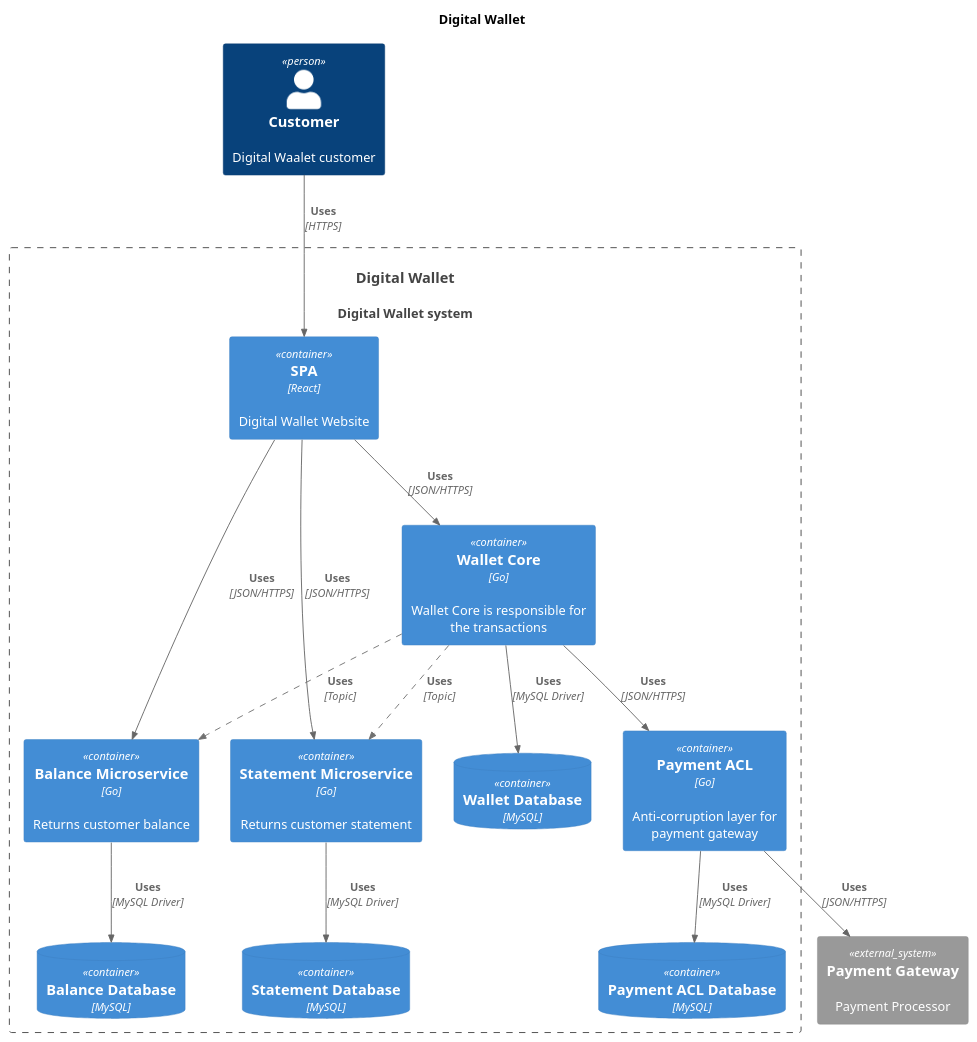
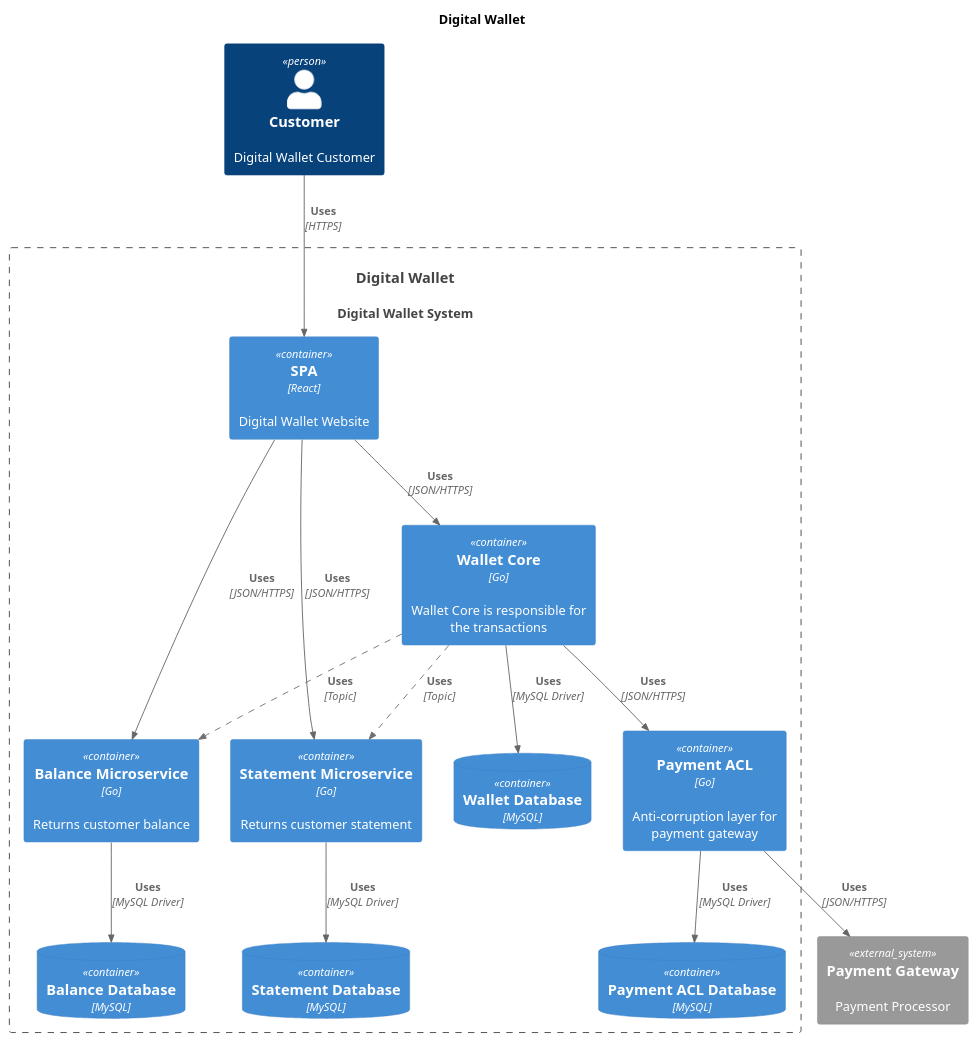
One commit to guipalm4/digital-wallet changed the diagram in c4/containers.puml. Above: the diagram before and after it, drawn with PlantUML. The commit also changed 1 other file, not shown here.

Commit message:
fix: C4 diagram

```diff
--- a/c4/containers.puml
+++ b/c4/containers.puml
@@ -1,40 +1,40 @@
 @startuml
 !include https://raw.githubusercontent.com/plantuml-stdlib/C4-PlantUML/master/C4_Container.puml
 AddRelTag(async, $lineStyle = "dashed", $lineColor = "#707070")
 
 title Digital Wallet
-Person(customer, "Customer", "Digital Waalet customer")
-System(wallet, "Digital Wallet", "Digital Wallet system")
+Person(customer, "Customer", "Digital Wallet Customer")
+System(wallet, "Digital Wallet", "Digital Wallet System")
 System_Ext(payment_gateway, "Payment Gateway", "Payment Processor")
 
 System_Boundary(wallet, "Digital Wallet") {
     Container(spa, "SPA", "React", "Digital Wallet Website")
     Container(wallet_core, "Wallet Core", "Go", "Wallet Core is responsible for the transactions")
     Container(balance_service, "Balance Microservice", "Go", "Returns customer balance")
     Container(statement_service, "Statement Microservice", "Go", "Returns customer statement")
     Container(payment_acl, "Payment ACL", "Go", "Anti-corruption layer for payment gateway")
 
     ContainerDb(wallet_db, "Wallet Database", "MySQL")   
     Rel(wallet_core, wallet_db, "Uses", "MySQL Driver")
 
     ContainerDb(balance_db, "Balance Database", "MySQL")
     Rel(balance_service, balance_db, "Uses", "MySQL Driver")
 
     ContainerDb(statement_db, "Statement Database", "MySQL")   
     Rel(statement_service, statement_db, "Uses", "MySQL Driver")
 
     ContainerDb(payment_acl_db, "Payment ACL Database", "MySQL")
     Rel(payment_acl, payment_acl_db, "Uses", "MySQL Driver")
 
     Rel(customer, spa, "Uses", "HTTPS")
     Rel(spa, wallet_core, "Uses", "JSON/HTTPS")
     Rel(spa, balance_service, "Uses", "JSON/HTTPS")
     Rel(spa, statement_service, "Uses", "JSON/HTTPS")
     Rel(wallet_core, payment_acl, "Uses", "JSON/HTTPS")
     Rel(payment_acl, payment_gateway, "Uses", "JSON/HTTPS")
 
     Rel(wallet_core, balance_service, "Uses", "Topic", $tags = async)
     Rel(wallet_core, statement_service, "Uses", "Topic", $tags = async)
 }
 
 @enduml
```
